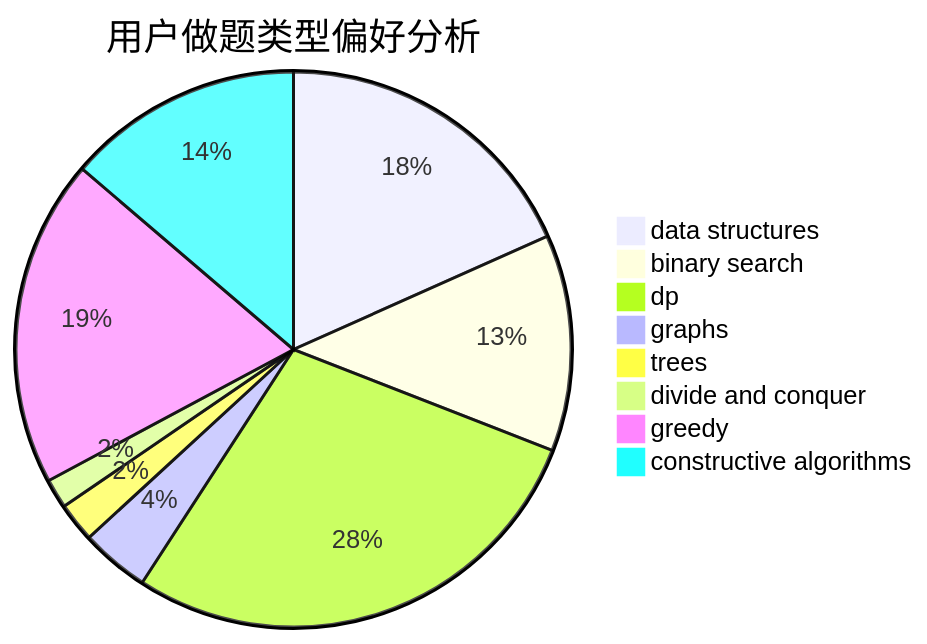
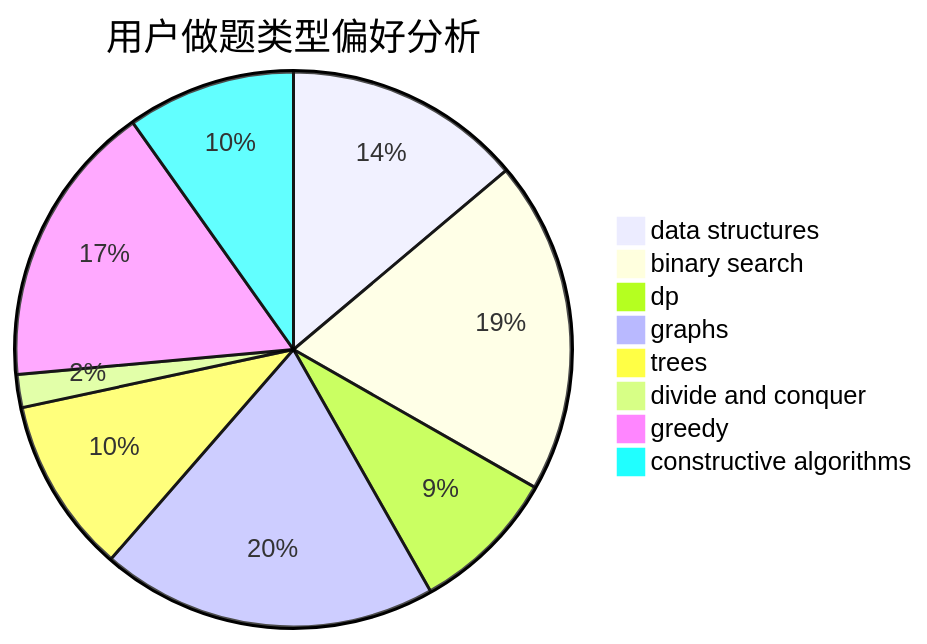
Before and after one commit to sherpahu/cfrs.github.io: the second of 3 diagrams in docs/user/u1733.md, drawn with Mermaid. The commit also changed other lines of this file and 2770 other files, not shown here.

````diff
--- a/docs/user/u1733.md
+++ b/docs/user/u1733.md
@@ -23,11 +23,11 @@
 ```mermaid
 pie title 用户做题类型偏好分析
-    "data structures" :  96
-    "binary search" :  66
-    "dp" :  148
-    "graphs" :  21
-    "trees" :  12
+    "data structures" :  65
+    "binary search" :  91
+    "dp" :  40
+    "graphs" :  92
+    "trees" :  48
     "divide and conquer" :  9
-    "greedy" :  100
-    "constructive algorithms" :  72
+    "greedy" :  78
+    "constructive algorithms" :  46
 ```
````
